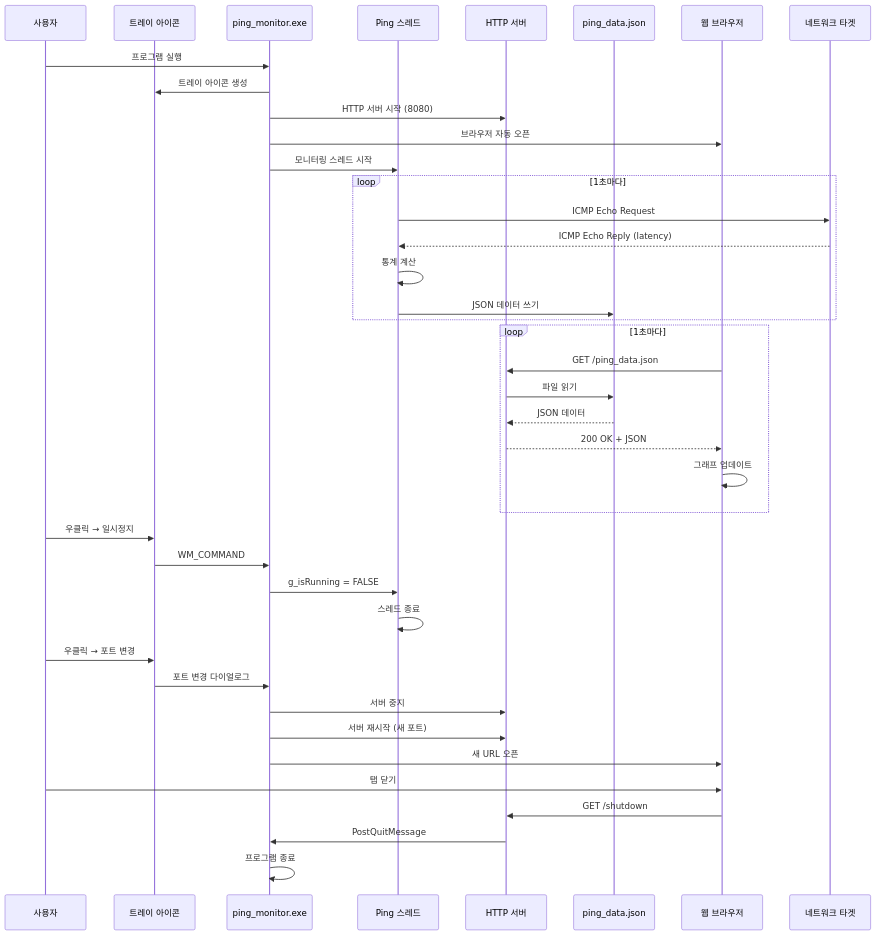
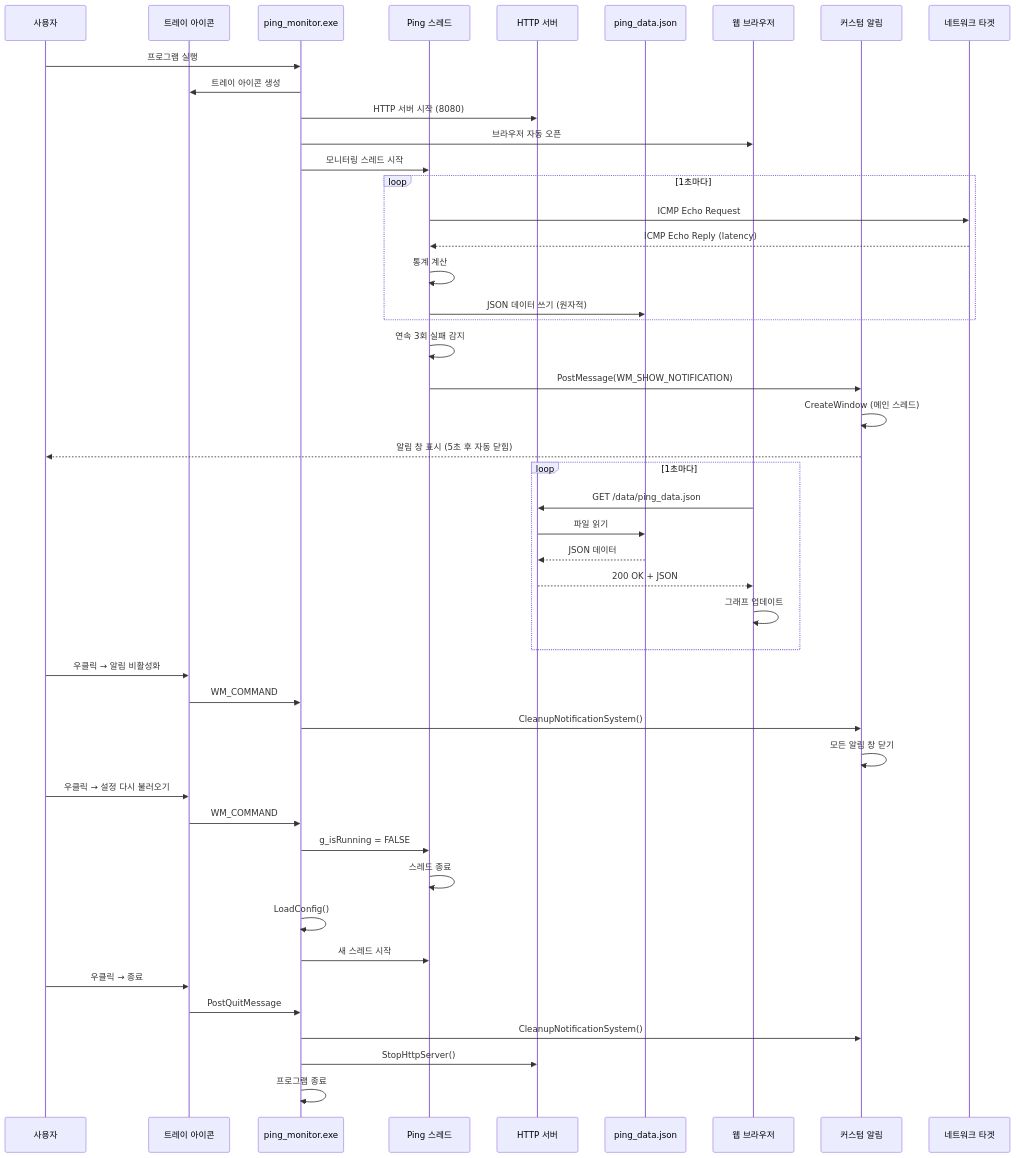
The second of 2 diagrams in docs/ARCHITECTURE.md (zzangae/ping-monitor-webview), drawn with Mermaid before and after one commit. The commit also changed other lines of this file, not shown here.

First line of the commit message:
Update ARCHITECTURE v2.6

````diff
--- a/docs/ARCHITECTURE.md
+++ b/docs/ARCHITECTURE.md
@@ -104,48 +117,56 @@
 ```mermaid
 sequenceDiagram
     participant User as 사용자
     participant Tray as 트레이 아이콘
     participant Main as ping_monitor.exe
     participant Thread as Ping 스레드
     participant HTTP as HTTP 서버
     participant File as ping_data.json
     participant Browser as 웹 브라우저
+    participant Notif as 커스텀 알림
     participant Target as 네트워크 타겟
 
     User->>Main: 프로그램 실행
     Main->>Tray: 트레이 아이콘 생성
     Main->>HTTP: HTTP 서버 시작 (8080)
     Main->>Browser: 브라우저 자동 오픈
     Main->>Thread: 모니터링 스레드 시작
 
     loop 1초마다
         Thread->>Target: ICMP Echo Request
         Target-->>Thread: ICMP Echo Reply (latency)
         Thread->>Thread: 통계 계산
-        Thread->>File: JSON 데이터 쓰기
+        Thread->>File: JSON 데이터 쓰기 (원자적)
     end
 
+    Thread->>Thread: 연속 3회 실패 감지
+    Thread->>Notif: PostMessage(WM_SHOW_NOTIFICATION)
+    Notif->>Notif: CreateWindow (메인 스레드)
+    Notif-->>User: 알림 창 표시 (5초 후 자동 닫힘)
+
     loop 1초마다
-        Browser->>HTTP: GET /ping_data.json
+        Browser->>HTTP: GET /data/ping_data.json
         HTTP->>File: 파일 읽기
         File-->>HTTP: JSON 데이터
         HTTP-->>Browser: 200 OK + JSON
         Browser->>Browser: 그래프 업데이트
     end
 
-    User->>Tray: 우클릭 → 일시정지
+    User->>Tray: 우클릭 → 알림 비활성화
+    Tray->>Main: WM_COMMAND
+    Main->>Notif: CleanupNotificationSystem()
+    Notif->>Notif: 모든 알림 창 닫기
+
+    User->>Tray: 우클릭 → 설정 다시 불러오기
     Tray->>Main: WM_COMMAND
     Main->>Thread: g_isRunning = FALSE
     Thread->>Thread: 스레드 종료
+    Main->>Main: LoadConfig()
+    Main->>Thread: 새 스레드 시작
 
-    User->>Tray: 우클릭 → 포트 변경
-    Tray->>Main: 포트 변경 다이얼로그
-    Main->>HTTP: 서버 중지
-    Main->>HTTP: 서버 재시작 (새 포트)
-    Main->>Browser: 새 URL 오픈
-
-    User->>Browser: 탭 닫기
-    Browser->>HTTP: GET /shutdown
-    HTTP->>Main: PostQuitMessage
+    User->>Tray: 우클릭 → 종료
+    Tray->>Main: PostQuitMessage
+    Main->>Notif: CleanupNotificationSystem()
+    Main->>HTTP: StopHttpServer()
     Main->>Main: 프로그램 종료
 ```
````
